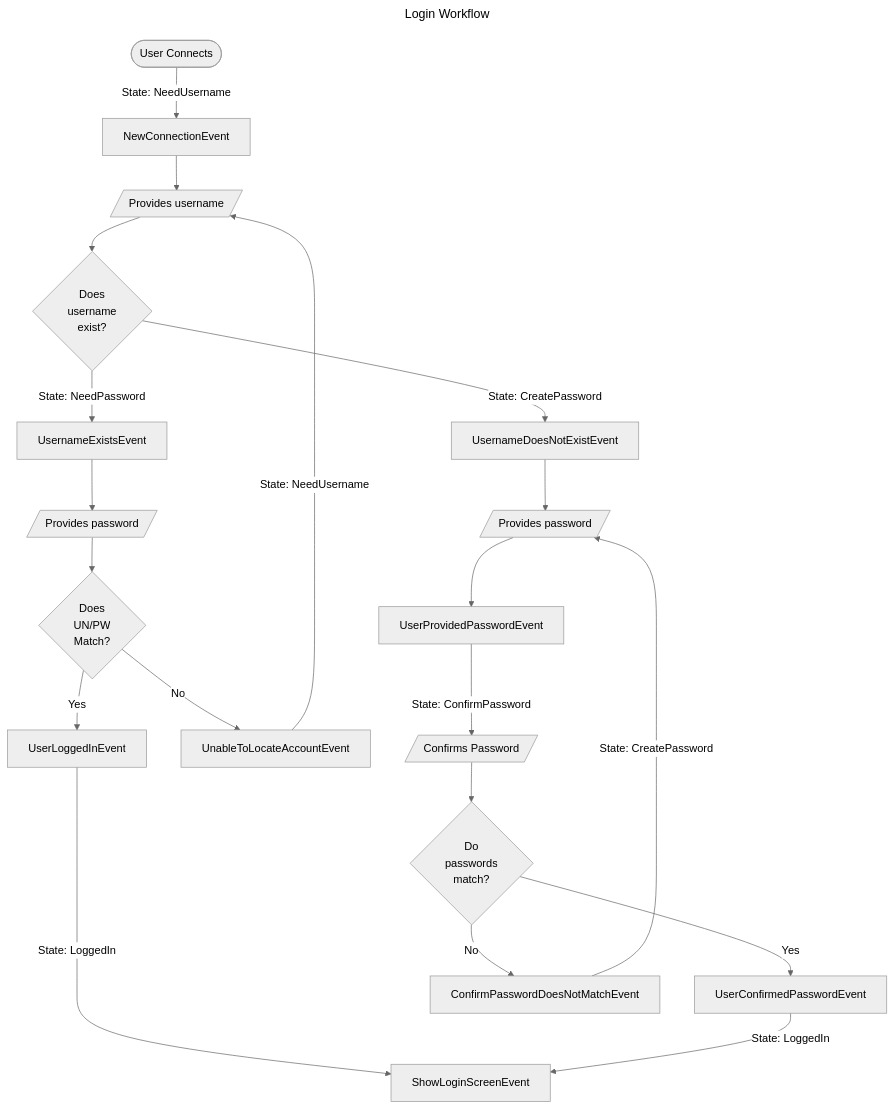
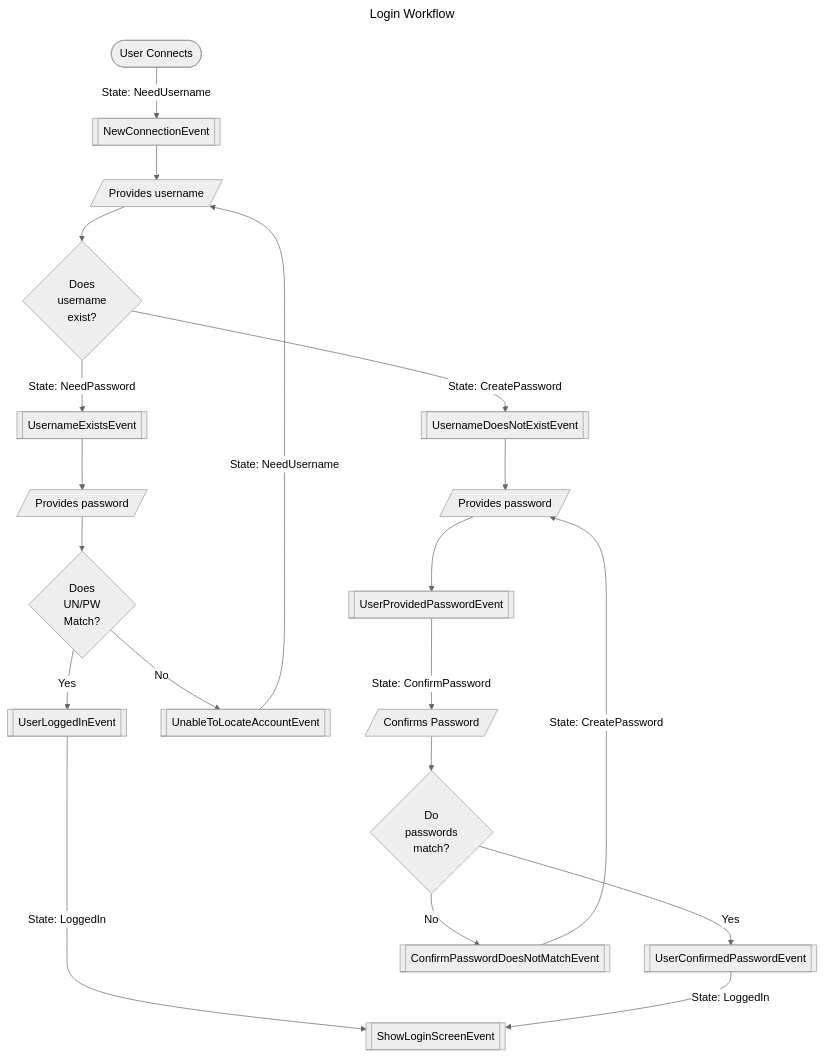
Before and after one commit to codeacula/rinora-mud: the diagram in _docs/LoginProcess.md, drawn with Mermaid (neutral theme). The commit also changed 56 other files, not shown here.

````diff
--- a/_docs/LoginProcess.md
+++ b/_docs/LoginProcess.md
@@ -1,28 +1,28 @@
 ```mermaid
 ---
 title: Login Workflow
 ---
 flowchart
 
-Start([User Connects]) -->|State: NeedUsername| NewConn[NewConnectionEvent]
+Start([User Connects]) -->|State: NeedUsername| NewConn[[NewConnectionEvent]]
 NewConn --> ProvideUsername[/Provides username/]
 ProvideUsername --> DoesUnExist{Does\nusername\nexist?}
-DoesUnExist -->|State: NeedPassword| UsernameExists[UsernameExistsEvent]
-DoesUnExist -->|State: CreatePassword| UsernameNoExists[UsernameDoesNotExistEvent]
+DoesUnExist -->|State: NeedPassword| UsernameExists[[UsernameExistsEvent]]
+DoesUnExist -->|State: CreatePassword| UsernameNoExists[[UsernameDoesNotExistEvent]]
 
 UsernameExists --> ProvidesPassword1[/Provides password/]
 ProvidesPassword1 --> CheckAccount{Does\nUN/PW\nMatch?}
-CheckAccount -->|Yes| UserLoggedInEvent
-CheckAccount -->|No| UnableToLocateAccountEvent
+CheckAccount -->|Yes| UserLoggedInEvent[[UserLoggedInEvent]]
+CheckAccount -->|No| UnableToLocateAccountEvent[[UnableToLocateAccountEvent]]
 UnableToLocateAccountEvent -->|State: NeedUsername| ProvideUsername
-UserLoggedInEvent -->|State: LoggedIn| ShowLoginScreenEvent
+UserLoggedInEvent -->|State: LoggedIn| ShowLoginScreenEvent[[ShowLoginScreenEvent]]
 
 UsernameNoExists --> ProvidesPassword2[/Provides password/]
-ProvidesPassword2 --> UserProvidedPasswordEvent
+ProvidesPassword2 --> UserProvidedPasswordEvent[[UserProvidedPasswordEvent]]
 UserProvidedPasswordEvent -->|State: ConfirmPassword| ConfirmsPassword[/Confirms Password/]
 ConfirmsPassword --> DoTheyMatch{Do\npasswords\nmatch?}
-DoTheyMatch -->|Yes| UserConfirmedPasswordEvent
-DoTheyMatch -->|No| ConfirmPasswordDoesNotMatchEvent
+DoTheyMatch -->|Yes| UserConfirmedPasswordEvent[[UserConfirmedPasswordEvent]]
+DoTheyMatch -->|No| ConfirmPasswordDoesNotMatchEvent[[ConfirmPasswordDoesNotMatchEvent]]
 UserConfirmedPasswordEvent -->|State: LoggedIn| ShowLoginScreenEvent
 ConfirmPasswordDoesNotMatchEvent -->|State: CreatePassword| ProvidesPassword2
 ```
````
